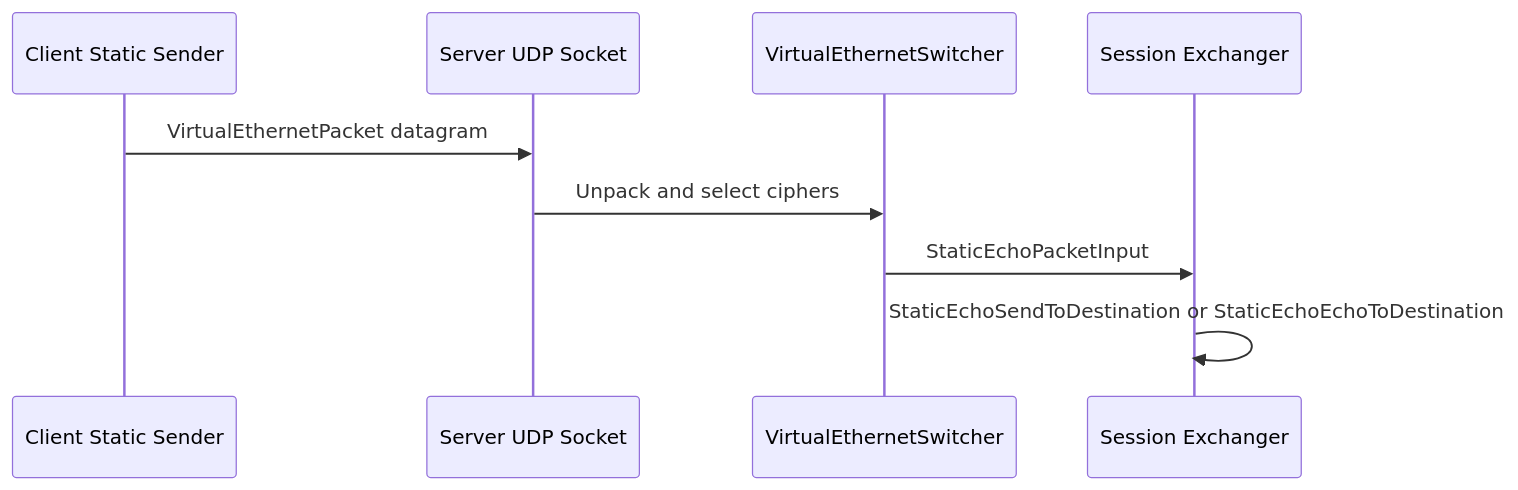
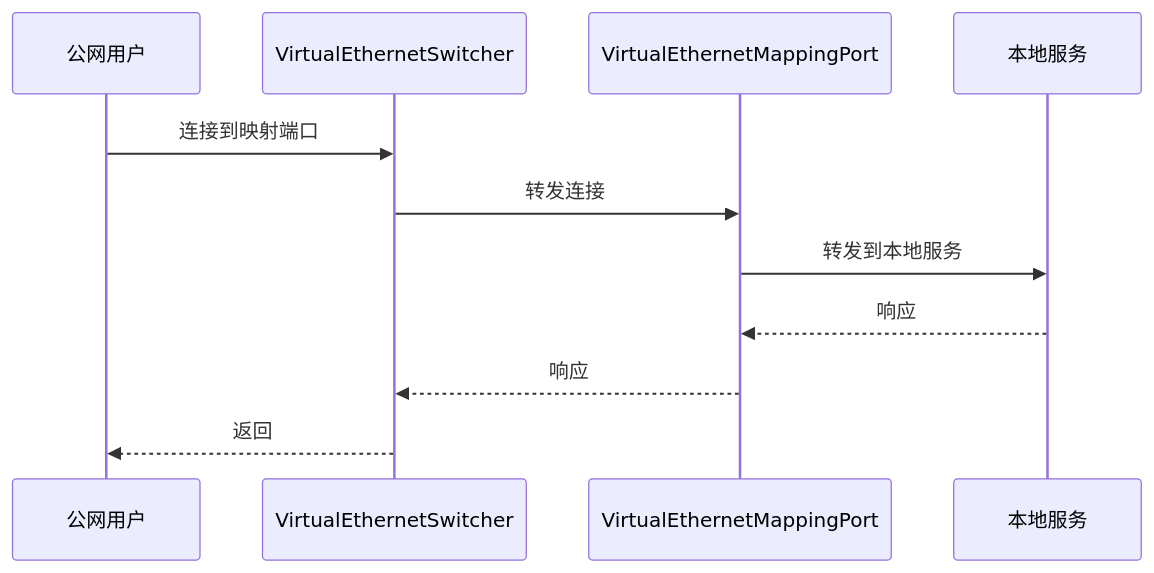
Before and after one commit to HyacinthHaru/openppp2: the seventh of 11 diagrams in docs/SERVER_ARCHITECTURE_CN.md, drawn with Mermaid. The commit also changed other lines of this file and 31 other files, not shown here.

````diff
--- a/docs/SERVER_ARCHITECTURE_CN.md
+++ b/docs/SERVER_ARCHITECTURE_CN.md
@@ -364,11 +285,14 @@
 ```mermaid
 sequenceDiagram
-    participant C as Client Static Sender
-    participant S as Server UDP Socket
-    participant SW as VirtualEthernetSwitcher
-    participant EX as Session Exchanger
-    C->>S: VirtualEthernetPacket datagram
-    S->>SW: Unpack and select ciphers
-    SW->>EX: StaticEchoPacketInput
-    EX->>EX: StaticEchoSendToDestination or StaticEchoEchoToDestination
+    participant U as 公网用户
+    participant S as VirtualEthernetSwitcher
+    participant M as VirtualEthernetMappingPort
+    participant L as 本地服务
+    
+    U->>S: 连接到映射端口
+    S->>M: 转发连接
+    M->>L: 转发到本地服务
+    L-->>M: 响应
+    M-->>S: 响应
+    S-->>U: 返回
 ```
````
